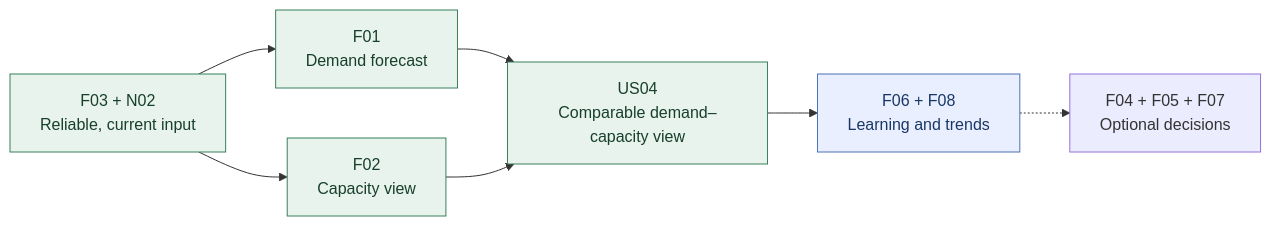
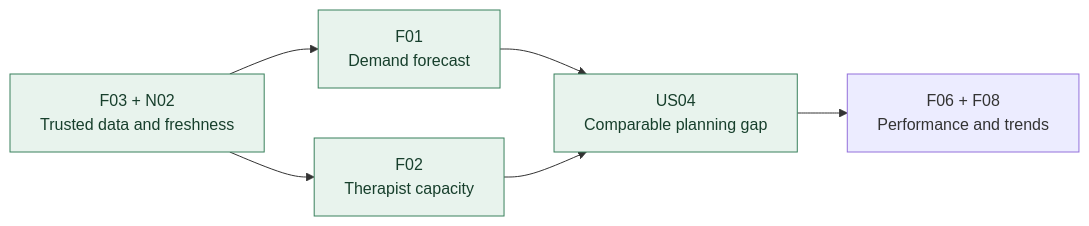
Before and after one commit to veenguyen2302-glitch/pinnacle-wellness-business-analysis: the diagram in 03-requirements-analysis-and-prioritisation.md, drawn with Mermaid. The commit also changed other lines of this file, not shown here.

````diff
--- a/03-requirements-analysis-and-prioritisation.md
+++ b/03-requirements-analysis-and-prioritisation.md
@@ -135,19 +89,17 @@
 ```mermaid
 flowchart LR
-    D["F03 + N02<br/>Reliable, current input"]
+    D["F03 + N02<br/>Trusted data and freshness"]
     F["F01<br/>Demand forecast"]
-    C["F02<br/>Capacity view"]
-    M["US04<br/>Comparable demand–capacity view"]
-    L["F06 + F08<br/>Learning and trends"]
-    O["F04 + F05 + F07<br/>Optional decisions"]
+    C["F02<br/>Therapist capacity"]
+    V["US04<br/>Comparable planning gap"]
+    L["F06 + F08<br/>Performance and trends"]
+
     D --> F
     D --> C
-    F --> M
-    C --> M
-    M --> L
-    L -.-> O
+    F --> V
+    C --> V
+    V --> L
+
     classDef core fill:#e8f3ed,stroke:#39805c,color:#173f2c
-    classDef next fill:#e9efff,stroke:#4d72b8,color:#193765
-    class D,F,C,M core
-    class L next
+    class D,F,C,V core
 ```
````
